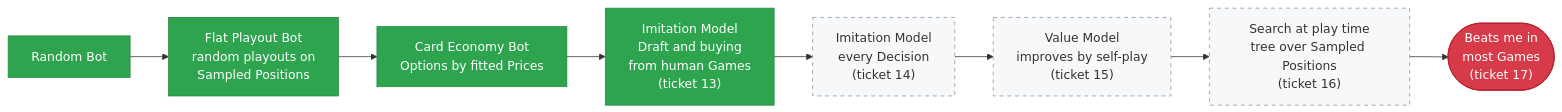
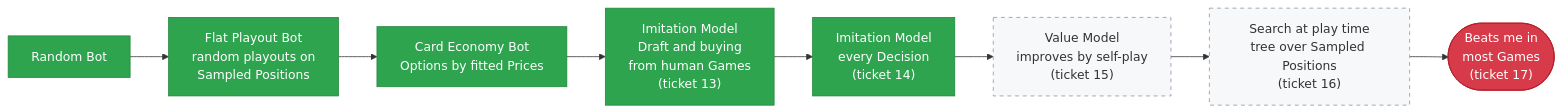
One commit to niels32167/tfm-with-bots changed the seventh of 7 diagrams in README.md. Above: the diagram before and after it, drawn with Mermaid. The commit also changed other lines of this file and 20 other files, not shown here.

First line of the commit message:
Imitate every Decision, closing ticket 14

````diff
--- a/README.md
+++ b/README.md
@@ -376,13 +380,13 @@
 ```mermaid
 flowchart LR
     R["Random Bot"]:::done --> F["Flat Playout Bot<br/>random playouts on<br/>Sampled Positions"]:::done
     F --> C["Card Economy Bot<br/>Options by fitted Prices"]:::done
     C --> I["Imitation Model<br/>Draft and buying<br/>from human Games<br/>(ticket 13)"]:::done
-    I --> I2["Imitation Model<br/>every Decision<br/>(ticket 14)"]:::todo
+    I --> I2["Imitation Model<br/>every Decision<br/>(ticket 14)"]:::done
     I2 --> V["Value Model<br/>improves by self-play<br/>(ticket 15)"]:::todo
     V --> S["Search at play time<br/>tree over Sampled Positions<br/>(ticket 16)"]:::todo
     S --> H(["Beats me in<br/>most Games<br/>(ticket 17)"]):::goal
     classDef done fill:#2ea44f,color:#fff,stroke:#22863a
     classDef todo fill:#f6f8fa,stroke:#8b949e,stroke-dasharray: 5 5
     classDef goal fill:#d73a49,color:#fff,stroke:#b31d28
 ```
````
